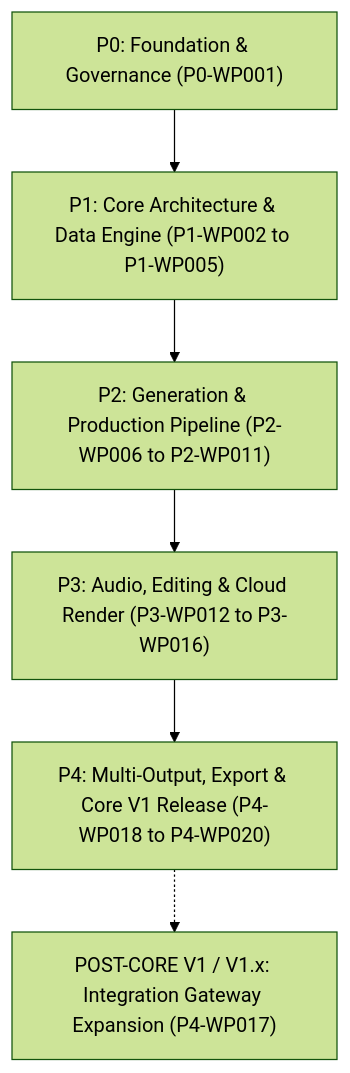
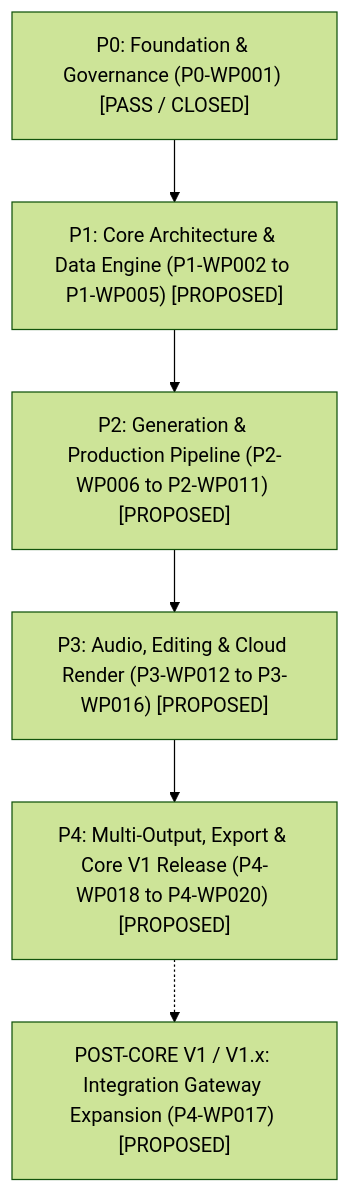
One commit to rebootob/Orbis-Video-Studio-AI changed the diagram in project-docs/40_DELIVERY/WORK_PACKAGES.md. Above: the diagram before and after it, drawn with Mermaid (forest theme). The commit also changed other lines of this file and 3 other files, not shown here.

Commit message:
docs: close P0-WP001 after merged governance foundation

````diff
--- a/project-docs/40_DELIVERY/WORK_PACKAGES.md
+++ b/project-docs/40_DELIVERY/WORK_PACKAGES.md
@@ -20,8 +20,8 @@
 ```mermaid
 graph TD
-    P0["P0: Foundation & Governance (P0-WP001)"] --> P1["P1: Core Architecture & Data Engine (P1-WP002 to P1-WP005)"]
-    P1 --> P2["P2: Generation & Production Pipeline (P2-WP006 to P2-WP011)"]
-    P2 --> P3["P3: Audio, Editing & Cloud Render (P3-WP012 to P3-WP016)"]
-    P3 --> P4["P4: Multi-Output, Export & Core V1 Release (P4-WP018 to P4-WP020)"]
-    P4 -.-> P1x["POST-CORE V1 / V1.x: Integration Gateway Expansion (P4-WP017)"]
+    P0["P0: Foundation & Governance (P0-WP001) [PASS / CLOSED]"] --> P1["P1: Core Architecture & Data Engine (P1-WP002 to P1-WP005) [PROPOSED]"]
+    P1 --> P2["P2: Generation & Production Pipeline (P2-WP006 to P2-WP011) [PROPOSED]"]
+    P2 --> P3["P3: Audio, Editing & Cloud Render (P3-WP012 to P3-WP016) [PROPOSED]"]
+    P3 --> P4["P4: Multi-Output, Export & Core V1 Release (P4-WP018 to P4-WP020) [PROPOSED]"]
+    P4 -.-> P1x["POST-CORE V1 / V1.x: Integration Gateway Expansion (P4-WP017) [PROPOSED]"]
 ```
````
